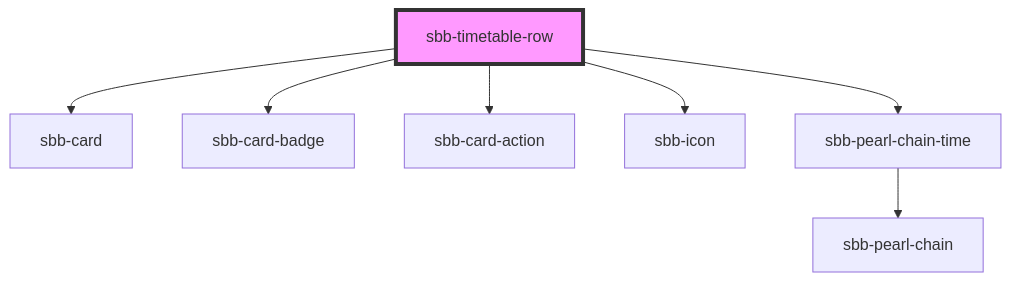
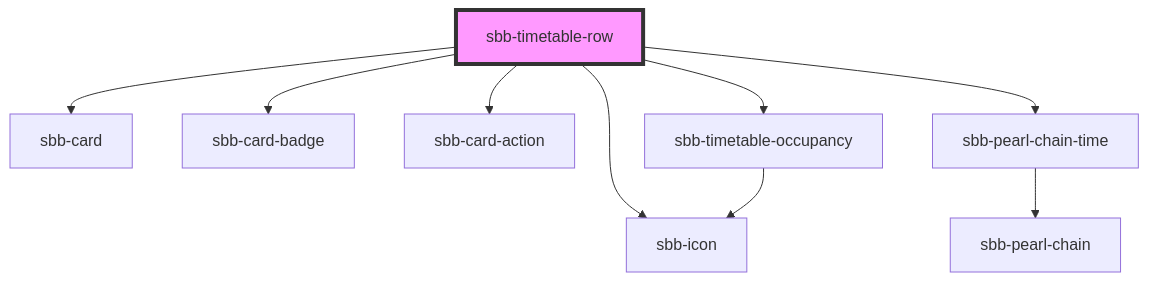
The diagram in src/components/sbb-timetable-row/readme.md (sbb-design-systems/lyne-components), drawn with Mermaid before and after one commit. The commit also changed other lines of this file and 13 other files, not shown here.

Commit message:
feat: sbb-timetable-occupancy implementation

````diff
--- a/src/components/sbb-timetable-row/readme.md
+++ b/src/components/sbb-timetable-row/readme.md
@@ -74,10 +75,12 @@
 ```mermaid
 graph TD;
   sbb-timetable-row --> sbb-card
   sbb-timetable-row --> sbb-card-badge
   sbb-timetable-row --> sbb-card-action
   sbb-timetable-row --> sbb-icon
   sbb-timetable-row --> sbb-pearl-chain-time
+  sbb-timetable-row --> sbb-timetable-occupancy
   sbb-pearl-chain-time --> sbb-pearl-chain
+  sbb-timetable-occupancy --> sbb-icon
   style sbb-timetable-row fill:#f9f,stroke:#333,stroke-width:4px
 ```
````
